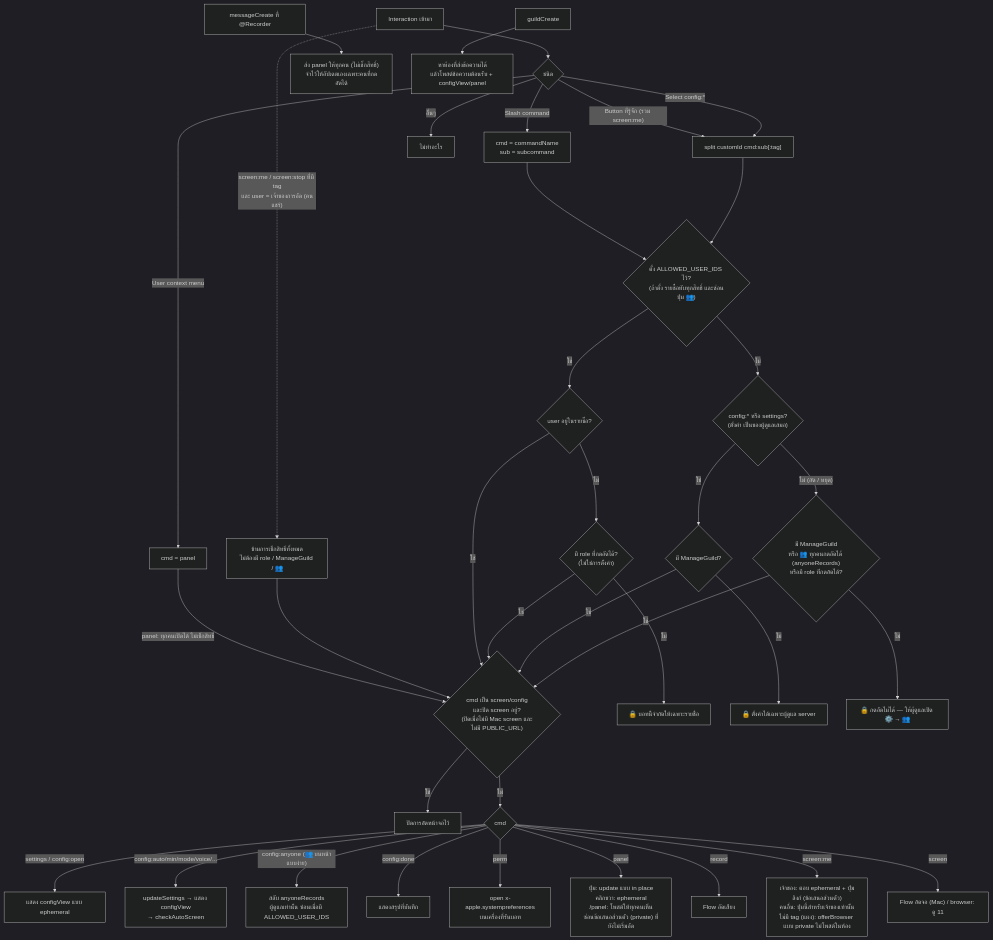
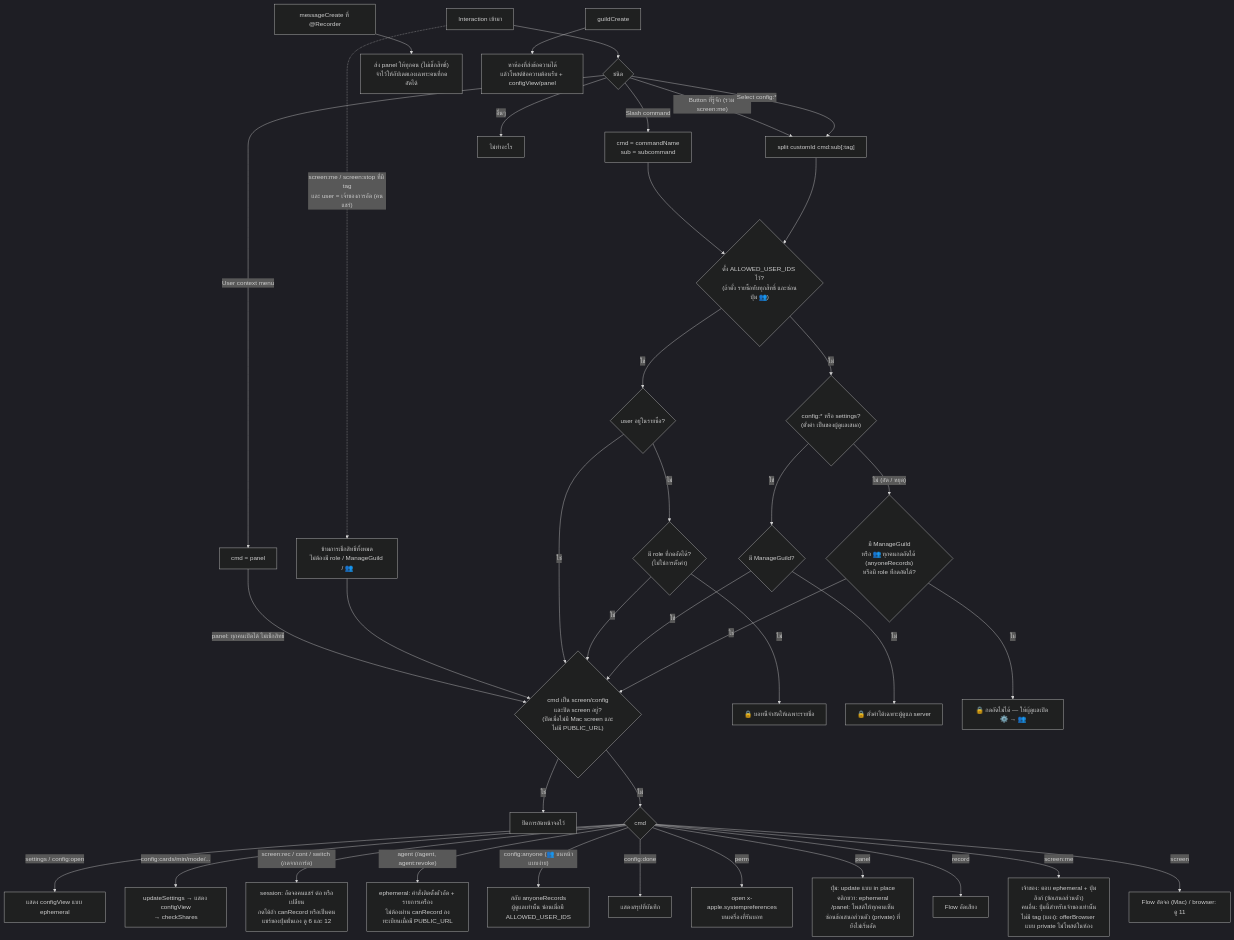
Before and after one commit to rtliz/discord-recorder: the diagram in diagram/03-routing-permission.md, drawn with Mermaid (dark theme). The commit also changed 69 other files, not shown here.

First line of the commit message:
Add recorder agent, sessions and auto mode; simplify settings

````diff
--- a/diagram/03-routing-permission.md
+++ b/diagram/03-routing-permission.md
@@ -3,44 +3,46 @@
 ```mermaid
 flowchart TD
     IN["Interaction เข้ามา"] --> T{"ชนิด"}
     T -->|"Slash command"| A["cmd = commandName<br/>sub = subcommand"]
     T -->|"User context menu"| B["cmd = panel"]
     T -->|"Button ที่รู้จัก (รวม screen:me)"| C["split customId cmd:sub[:tag]"]
     T -->|"Select config:*"| C
     T -->|"อื่นๆ"| X["ไม่ทำอะไร"]
     A --> P1
     C --> P1
     B -->|"panel: ทุกคนเปิดได้ ไม่เช็กสิทธิ์"| SC
     IN -.->|"screen:me / screen:stop ที่มี tag<br/>และ user = เจ้าของการอัด (คนแชร์)"| OWN["ข้ามการเช็กสิทธิ์ทั้งหมด<br/>ไม่ต้องมี role / ManageGuild / 👥"]
     OWN --> SC
 
     P1{"ตั้ง ALLOWED_USER_IDS ไว้?<br/>(ถ้าตั้ง รายชื่อทับทุกสิทธิ์ และซ่อนปุ่ม 👥)"}
     P1 -->|"ใช่"| P2{"user อยู่ในรายชื่อ?"}
     P1 -->|"ไม่"| P3{"config:* หรือ settings?<br/>(ตั้งค่า เป็นของผู้ดูแลเสมอ)"}
     P2 -->|"ใช่"| SC
     P2 -->|"ไม่"| P2R{"มี role ที่กดอัดได้?<br/>(ไม่ใช่การตั้งค่า)"}
     P2R -->|"ใช่"| SC
     P2R -->|"ไม่"| DENY["🔒 บอทนี้จำกัดให้เฉพาะรายชื่อ"]
     P3 -->|"ใช่"| P4{"มี ManageGuild?"}
     P4 -->|"ใช่"| SC
     P4 -->|"ไม่"| DENY2["🔒 ตั้งค่าได้เฉพาะผู้ดูแล server"]
     P3 -->|"ไม่ (อัด / หยุด)"| P5{"มี ManageGuild<br/>หรือ 👥 ทุกคนกดอัดได้ (anyoneRecords)<br/>หรือมี role ที่กดอัดได้?"}
     P5 -->|"ใช่"| SC
     P5 -->|"ไม่"| DENY3["🔒 กดอัดไม่ได้ — ให้ผู้ดูแลเปิด ⚙️ → 👥"]
 
     SC{"cmd เป็น screen/config<br/>และปิด screen อยู่?<br/>(ปิดเมื่อไม่มี Mac screen และไม่มี PUBLIC_URL)"}
     SC -->|"ใช่"| OFF["ปิดการอัดหน้าจอไว้"]
     SC -->|"ไม่"| D{"cmd"}
     D -->|"settings / config:open"| CFG["แสดง configView แบบ ephemeral"]
-    D -->|"config:auto/min/mode/voice/..."| UPD["updateSettings → แสดง configView<br/>→ checkAutoScreen"]
+    D -->|"config:cards/min/mode/..."| UPD["updateSettings → แสดง configView<br/>→ checkShares"]
+    D -->|"screen:rec / cont / switch (กดจากการ์ด)"| SES["session: อัดจอคนแชร์ ต่อ หรือเปลี่ยน<br/>กดได้ถ้า canRecord หรือเป็นคนแชร์ของปุ่มนั้นเอง ดู 6 และ 12"]
+    D -->|"agent (/agent, agent:revoke)"| AGT["ephemeral: คำสั่งติดตั้งตัวอัด + รายการเครื่อง<br/>ไม่ต้องผ่าน canRecord ลงทะเบียนเมื่อมี PUBLIC_URL"]
     D -->|"config:anyone (👥 บนหน้าแบบง่าย)"| ANY["สลับ anyoneRecords<br/>ผู้ดูแลเท่านั้น ซ่อนเมื่อมี ALLOWED_USER_IDS"]
     D -->|"config:done"| DONE["แสดงสรุปที่บันทึก"]
     D -->|"perm"| PERM["open x-apple.systempreferences<br/>บนเครื่องที่รันบอท"]
     D -->|"panel"| PNL["ปุ่ม: update แบบ in place<br/>คลิกขวา: ephemeral<br/>/panel: โพสต์ให้ทุกคนเห็น<br/>ซ่อนข้อเสนอส่วนตัว (private) ที่ยังไม่เริ่มอัด"]
     D -->|"record"| REC["Flow อัดเสียง"]
     D -->|"screen:me"| ME["เจ้าของ: ตอบ ephemeral + ปุ่มลิงก์ (ข้อเสนอส่วนตัว)<br/>คนอื่น: ปุ่มนี้สำหรับเจ้าของเท่านั้น<br/>ไม่มี tag (แผง): offerBrowser แบบ private ไม่โพสต์ในห้อง"]
     D -->|"screen"| SCR["Flow อัดจอ (Mac) / browser: ดู 11"]
 
     M["messageCreate ที่ @Recorder"] --> MP["ส่ง panel ให้ทุกคน (ไม่เช็กสิทธิ์)<br/>จำไว้ให้อัปเดตเองเฉพาะคนที่กดอัดได้"]
     G["guildCreate"] --> HELLO["หาห้องที่ส่งข้อความได้<br/>แล้วโพสต์ข้อความต้อนรับ + configView/panel"]
 ```
````
